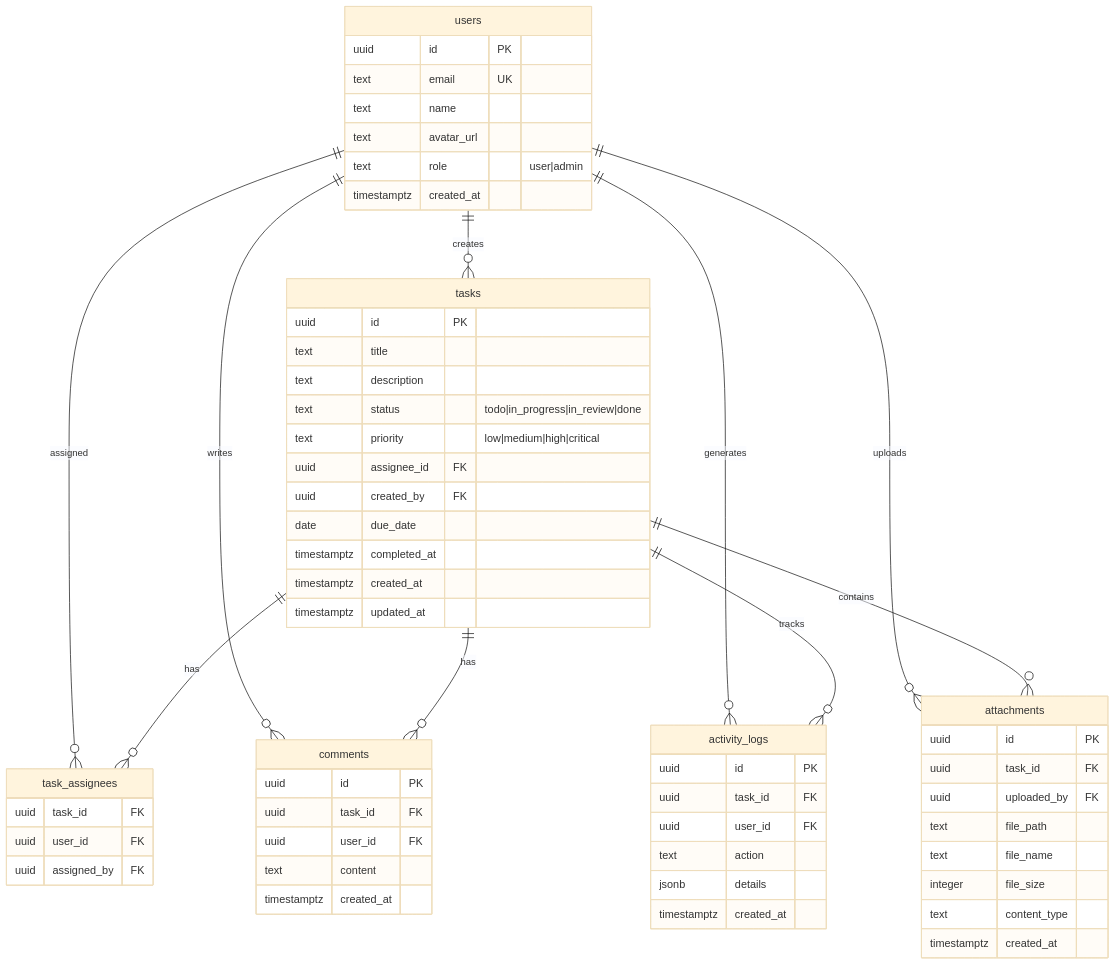
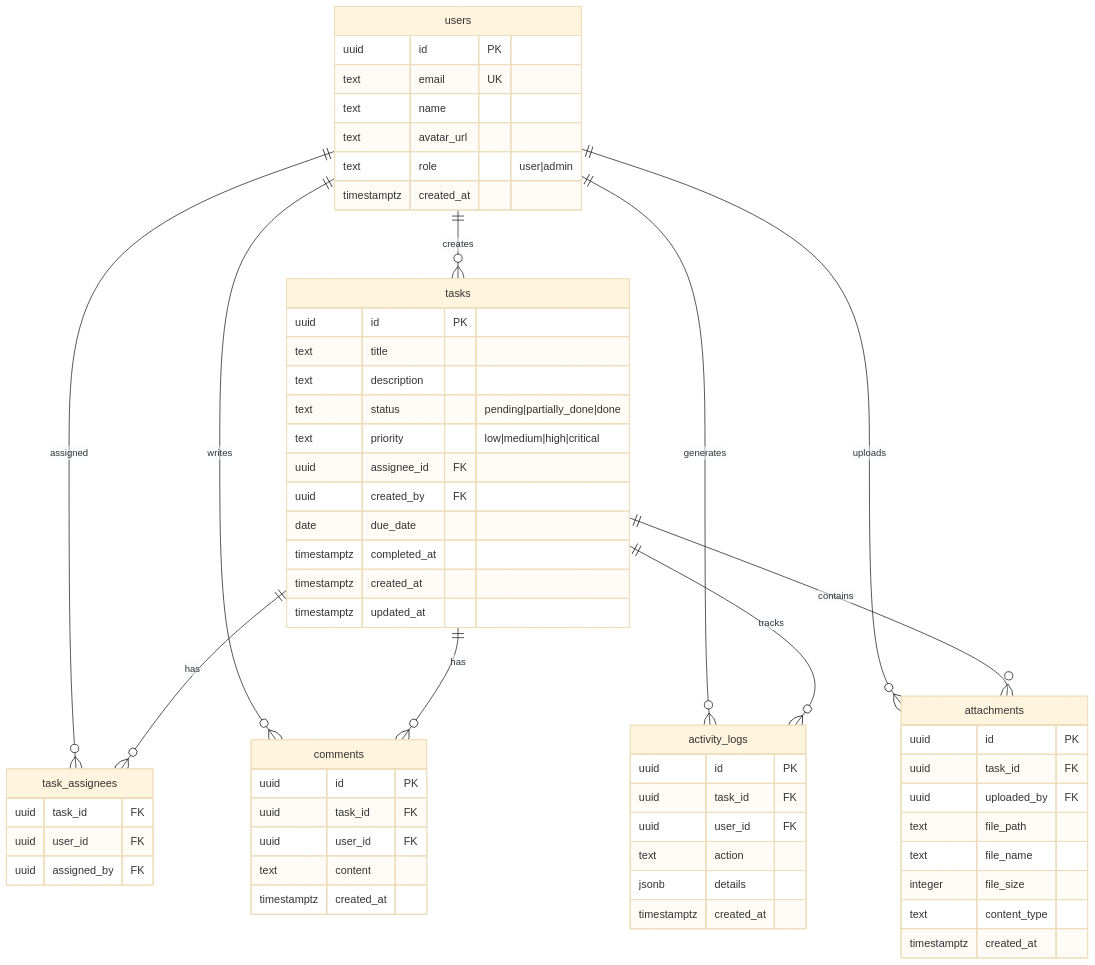
The diagram in docs/database-schema.md (Shonferns004/Task-Mamager-Pro), drawn with Mermaid (base theme) before and after one commit. The commit also changed other lines of this file and 17 other files, not shown here.

Commit message:
Remove due date from new task forms, change statuses to pending/partially_done/done

````diff
--- a/docs/database-schema.md
+++ b/docs/database-schema.md
@@ -11,69 +11,69 @@
 ```mermaid
 erDiagram
     users ||--o{ tasks : creates
     users ||--o{ task_assignees : assigned
     users ||--o{ comments : writes
     users ||--o{ activity_logs : generates
     users ||--o{ attachments : uploads
     tasks ||--o{ task_assignees : has
     tasks ||--o{ comments : has
     tasks ||--o{ activity_logs : tracks
     tasks ||--o{ attachments : contains
 
     users {
         uuid id PK
         text email UK
         text name
         text avatar_url
         text role "user|admin"
         timestamptz created_at
     }
 
     tasks {
         uuid id PK
         text title
         text description
-        text status "todo|in_progress|in_review|done"
+        text status "pending|partially_done|done"
         text priority "low|medium|high|critical"
         uuid assignee_id FK
         uuid created_by FK
         date due_date
         timestamptz completed_at
         timestamptz created_at
         timestamptz updated_at
     }
 
     task_assignees {
         uuid task_id FK
         uuid user_id FK
         uuid assigned_by FK
     }
 
     comments {
         uuid id PK
         uuid task_id FK
         uuid user_id FK
         text content
         timestamptz created_at
     }
 
     activity_logs {
         uuid id PK
         uuid task_id FK
         uuid user_id FK
         text action
         jsonb details
         timestamptz created_at
     }
 
     attachments {
         uuid id PK
         uuid task_id FK
         uuid uploaded_by FK
         text file_path
         text file_name
         integer file_size
         text content_type
         timestamptz created_at
     }
 ```
````
